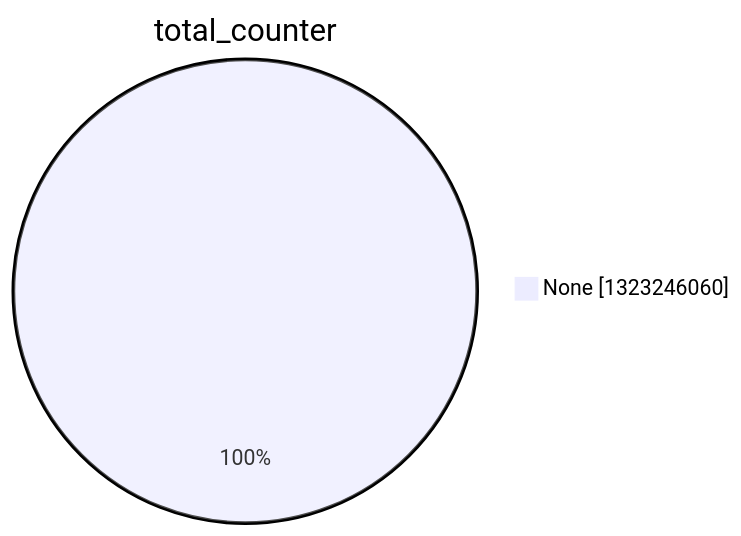
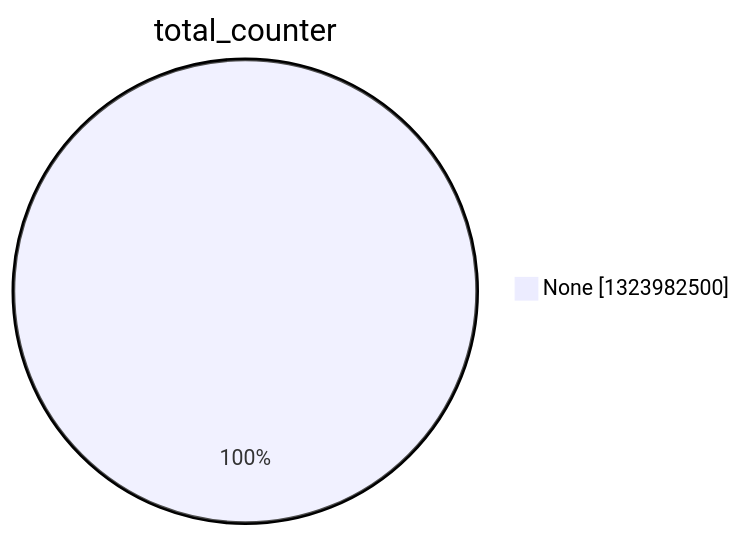
Before and after one commit to christiankrug/ctmonitor_visualization: the second of 15 diagrams in argon2022/README.md, drawn with Mermaid. The commit also changed other lines of this file, not shown here.

````diff
--- a/argon2022/README.md
+++ b/argon2022/README.md
@@ -9,5 +9,5 @@
 ```mermaid
 pie showData
 title total_counter
-"None" :1323246060
+"None" :1323982500
 ```
````
